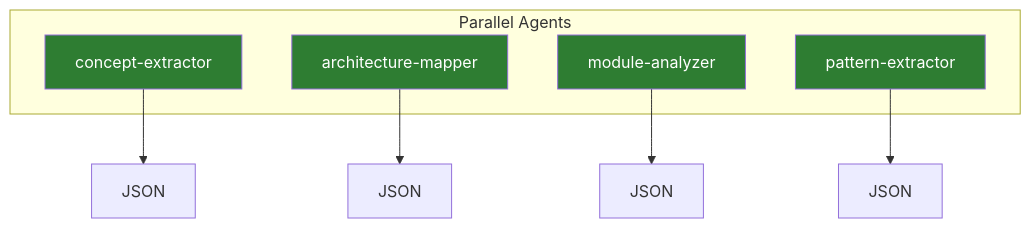
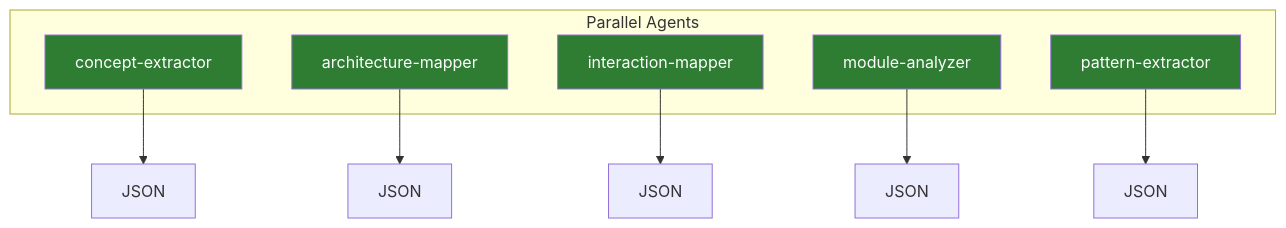
The third of 6 diagrams in docs/concepts/map-reduce-workflows.md (rp1-run/rp1), drawn with Mermaid before and after one commit. The commit also changed other lines of this file and 22 other files, not shown here.

````diff
--- a/docs/concepts/map-reduce-workflows.md
+++ b/docs/concepts/map-reduce-workflows.md
@@ -78,19 +80,22 @@
 ```mermaid
 flowchart TB
     subgraph "Parallel Agents"
         A1[concept-extractor]
         A2[architecture-mapper]
-        A3[module-analyzer]
-        A4[pattern-extractor]
+        A3[interaction-mapper]
+        A4[module-analyzer]
+        A5[pattern-extractor]
     end
 
     A1 --> J1[JSON]
     A2 --> J2[JSON]
     A3 --> J3[JSON]
     A4 --> J4[JSON]
+    A5 --> J5[JSON]
 
     style A1 fill:#2e7d32,color:#fff
     style A2 fill:#2e7d32,color:#fff
     style A3 fill:#2e7d32,color:#fff
     style A4 fill:#2e7d32,color:#fff
+    style A5 fill:#2e7d32,color:#fff
 ```
````
